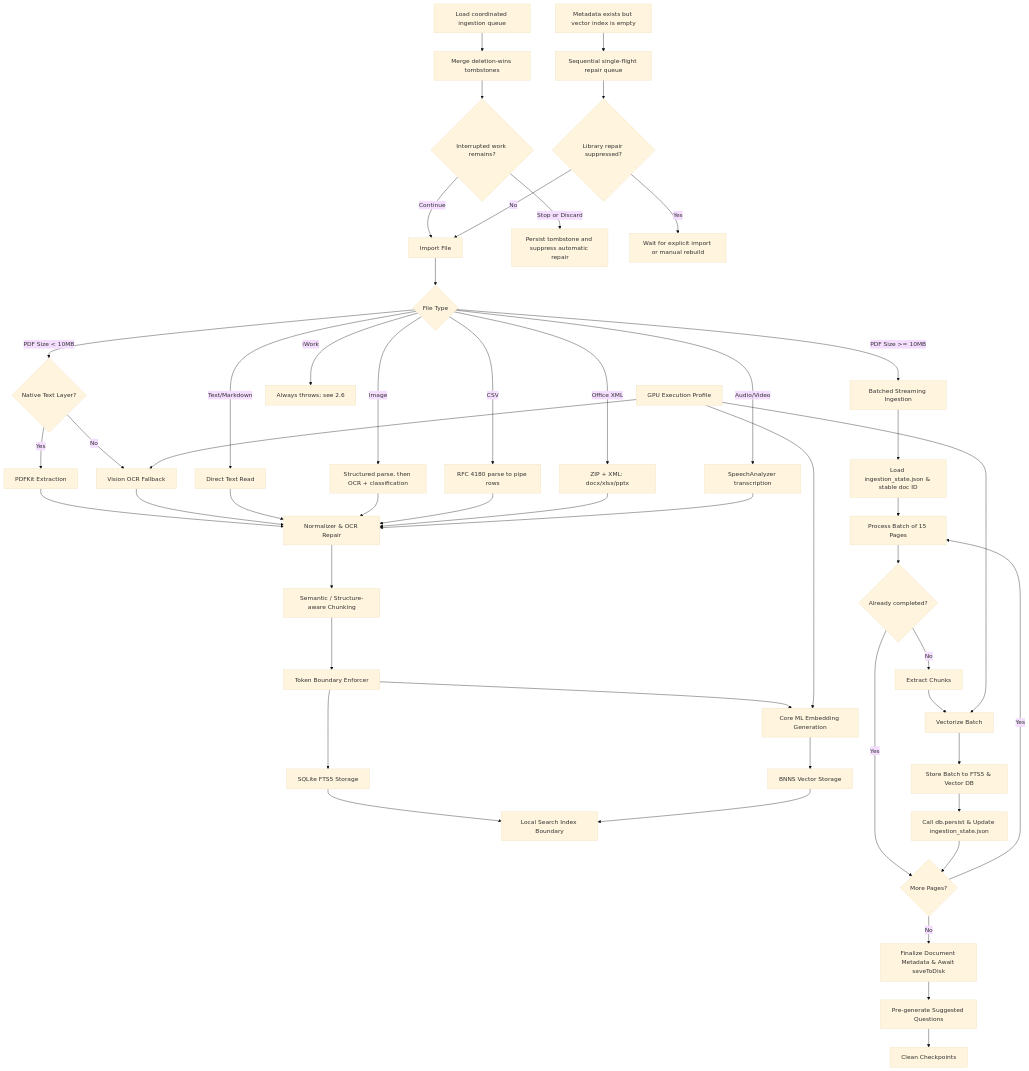
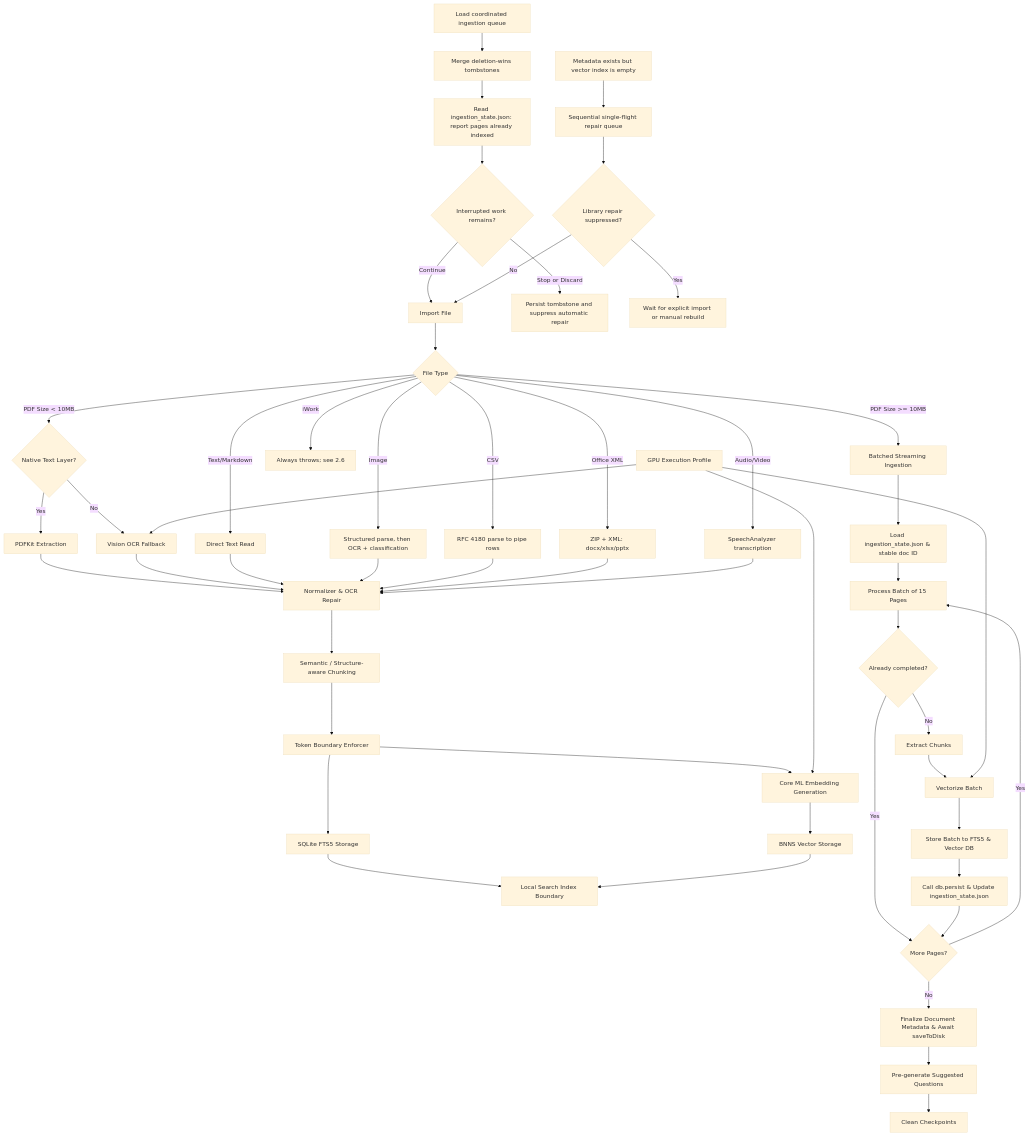
One commit to Gunnarguy/OpenIntelligence changed the diagram in Docs/INGESTION_PIPELINE.md. Above: the diagram before and after it, drawn with Mermaid (base theme). The commit also changed other lines of this file and 6 other files, not shown here.

````diff
--- a/Docs/INGESTION_PIPELINE.md
+++ b/Docs/INGESTION_PIPELINE.md
@@ -15,53 +15,54 @@
 ```mermaid
 flowchart TD
     QLOAD[Load coordinated ingestion queue] --> QMERGE[Merge deletion-wins tombstones]
-    QMERGE --> QDECIDE{Interrupted work remains?}
+    QMERGE --> QRESTORE[Read ingestion_state.json: report pages already indexed]
+    QRESTORE --> QDECIDE{Interrupted work remains?}
     QDECIDE -- Continue --> A
     QDECIDE -- Stop or Discard --> QTOMB[Persist tombstone and suppress automatic repair]
     EMPTY[Metadata exists but vector index is empty] --> SINGLE[Sequential single-flight repair queue]
     SINGLE --> SUPPRESSED{Library repair suppressed?}
     SUPPRESSED -- Yes --> WAIT[Wait for explicit import or manual rebuild]
     SUPPRESSED -- No --> A
     A[Import File] --> B{File Type}
     B -- PDF Size < 10MB --> C{Native Text Layer?}
     B -- PDF Size >= 10MB --> STREAM[Batched Streaming Ingestion]
     C -- Yes --> D[PDFKit Extraction]
     C -- No --> E[Vision OCR Fallback]
     B -- Text/Markdown --> F[Direct Text Read]
     B -- Image --> IMG[Structured parse, then OCR + classification]
     B -- CSV --> CSVL[RFC 4180 parse to pipe rows]
     B -- Office XML --> OFF[ZIP + XML: docx/xlsx/pptx]
     B -- iWork --> IWORK[Always throws; see 2.6]
     B -- Audio/Video --> AV[SpeechAnalyzer transcription]
     D --> G[Normalizer & OCR Repair]
     E --> G
     F --> G
     IMG --> G
     CSVL --> G
     OFF --> G
     AV --> G
     G --> H[Semantic / Structure-aware Chunking]
     H --> I[Token Boundary Enforcer]
     I --> J[SQLite FTS5 Storage]
     I --> K[Core ML Embedding Generation]
     PROFILE[GPU Execution Profile] --> E
     PROFILE --> K
     K --> L[BNNS Vector Storage]
     J --> LOCAL[Local Search Index Boundary]
     L --> LOCAL
     
     STREAM --> STATE[Load ingestion_state.json & stable doc ID]
     STATE --> S1[Process Batch of 15 Pages]
     S1 --> SKIP{Already completed?}
     SKIP -- Yes --> NEXT_BATCH{More Pages?}
     SKIP -- No --> S2[Extract Chunks]
     S2 --> S3[Vectorize Batch]
     PROFILE --> S3
     S3 --> S4[Store Batch to FTS5 & Vector DB]
     S4 --> S5[Call db.persist & Update ingestion_state.json]
     S5 --> NEXT_BATCH
     NEXT_BATCH -- Yes --> S1
     NEXT_BATCH -- No --> S6[Finalize Document Metadata & Await saveToDisk]
     S6 --> S7[Pre-generate Suggested Questions]
     S7 --> S8[Clean Checkpoints]
 ```
````
